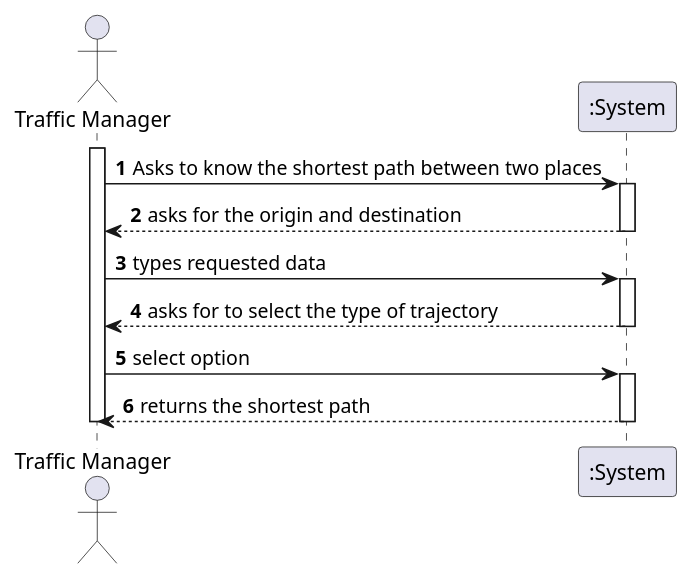
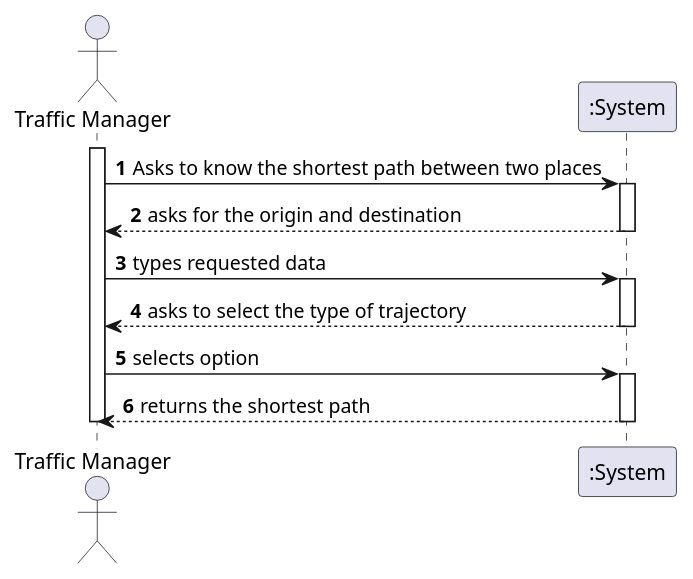
Before and after one commit to 1190772/LAB-Project-3: the diagram in docs/Sprint 4/US/US402/US402_SSD.puml, drawn with PlantUML. The commit also changed 9 other files, not shown here.

```diff
--- a/docs/Sprint 4/US/US402/US402_SSD.puml
+++ b/docs/Sprint 4/US/US402/US402_SSD.puml
@@ -1,29 +1,29 @@
 @startuml
 'https://plantuml.com/sequence-diagram
 
 autonumber
 
 actor "Traffic Manager" as TM
 
 activate TM
 TM -> ":System" : Asks to know the shortest path between two places
 
 activate ":System"
 ":System" --> TM : asks for the origin and destination
 deactivate ":System"
 
 TM -> ":System" : types requested data
 
 activate ":System"
-":System" --> TM : asks for to select the type of trajectory
+":System" --> TM : asks to select the type of trajectory
 deactivate ":System"
 
-TM -> ":System" : select option
+TM -> ":System" : selects option
 
 activate ":System"
 ":System" --> TM : returns the shortest path
 deactivate ":System"
 
 deactivate TM
 
 @enduml
```
